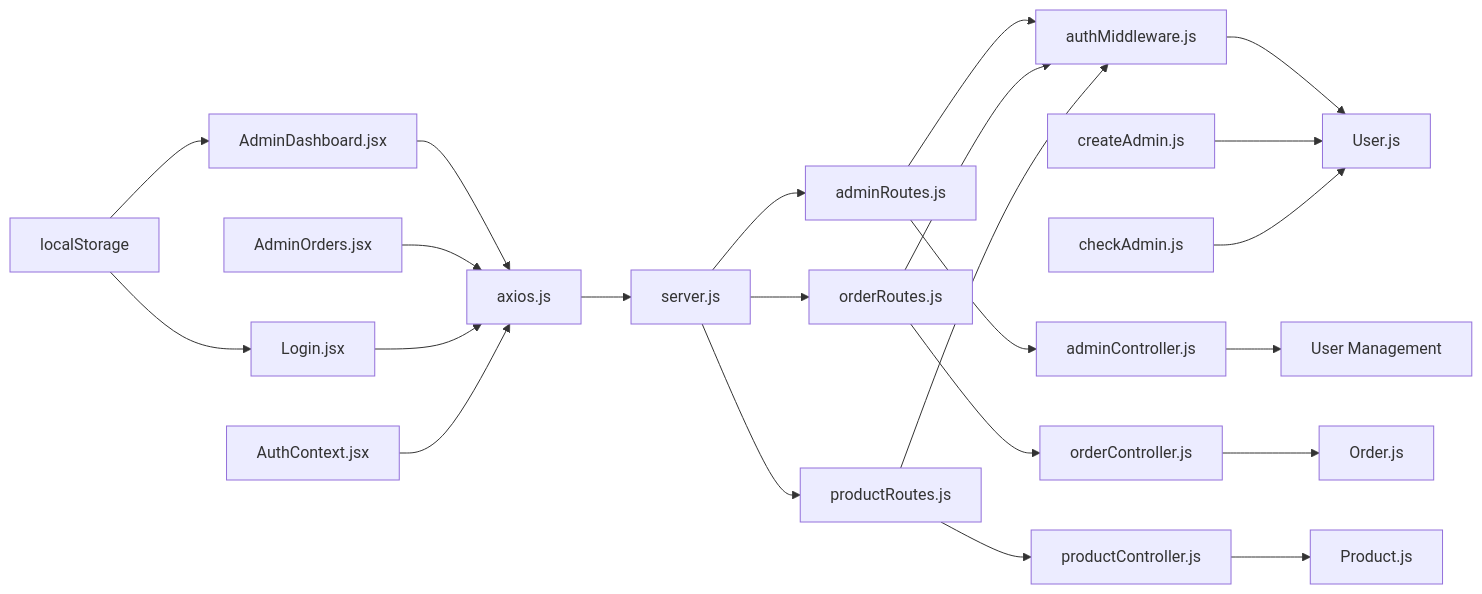
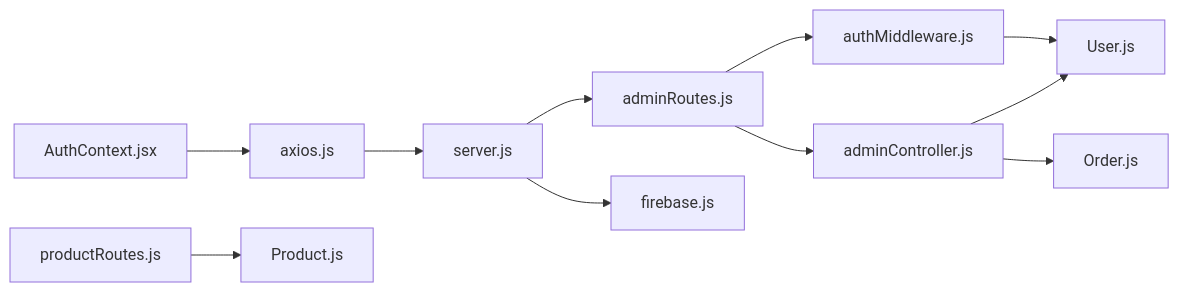
Before and after one commit to Pavan-PSPK9032/TrendsandToss: the eighth of 8 diagrams in .qoder/repowiki/en/content/Admin Dashboard/Admin Dashboard.md, drawn with Mermaid. The commit also changed other lines of this file and 6 other files, not shown here.

````diff
--- a/.qoder/repowiki/en/content/Admin Dashboard/Admin Dashboard.md
+++ b/.qoder/repowiki/en/content/Admin Dashboard/Admin Dashboard.md
@@ -394,25 +420,13 @@
 ```mermaid
 graph LR
-AD["AdminDashboard.jsx"] --> AX["axios.js"]
-AO["AdminOrders.jsx"] --> AX
+AC["AuthContext.jsx"] --> AX["axios.js"]
 AX --> SRV["server.js"]
 SRV --> AR["adminRoutes.js"]
-SRV --> OR["orderRoutes.js"]
-SRV --> PR["productRoutes.js"]
-AR --> AM["authMiddleware.js"]
-OR --> AM
-PR --> AM
-AR --> AC["adminController.js"]
-OR --> OC["orderController.js"]
-PR --> PC["productController.js"]
-AM --> UC["User.js"]
-OC --> OD["Order.js"]
-PC --> PD["Product.js"]
-AC --> UCM["User Management"]
-LC["Login.jsx"] --> AX
-ACX["AuthContext.jsx"] --> AX
-CA["createAdmin.js"] --> UC
-CHK["checkAdmin.js"] --> UC
-LS["localStorage"] --> AD
-LS --> LC
+AR --> AMW["authMiddleware.js"]
+AMW --> UM["User.js"]
+AR --> ACtrl["adminController.js"]
+ACtrl --> OM["Order.js"]
+ACtrl --> UM
+PR["productRoutes.js"] --> PM["Product.js"]
+SRV --> FB["firebase.js"]
 ```
````
